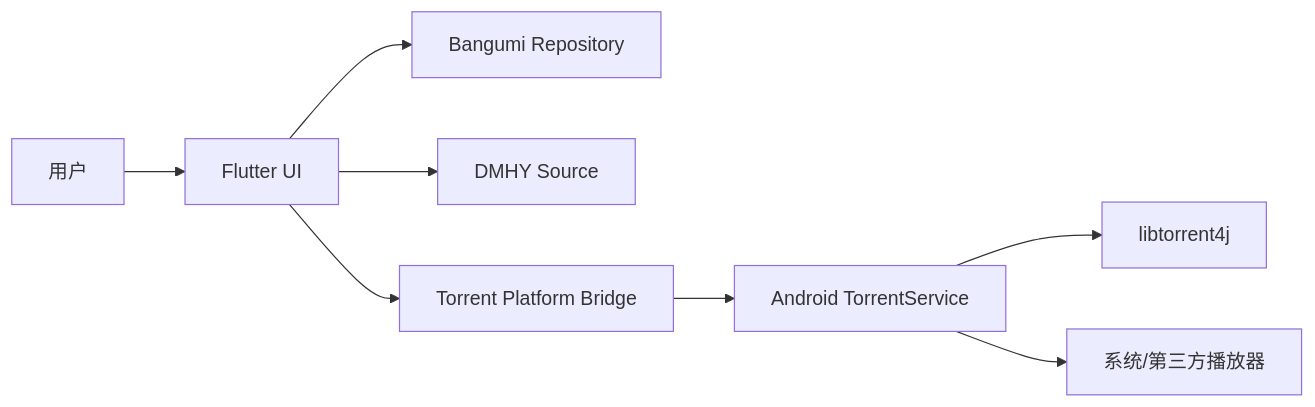
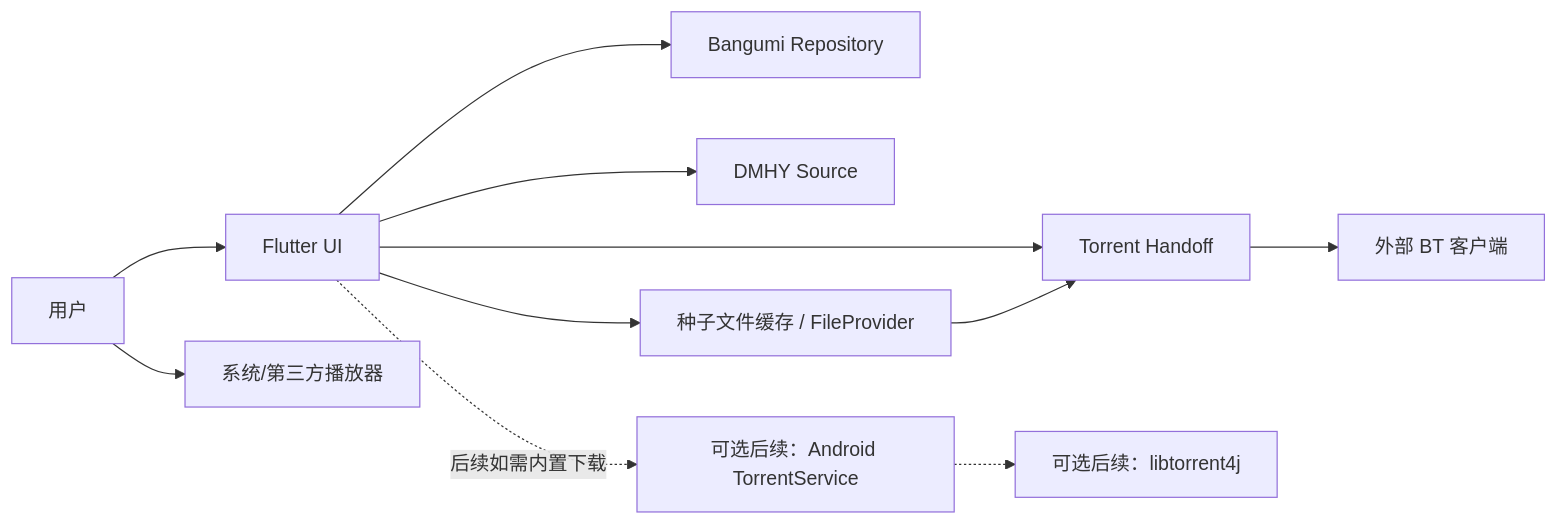
One commit to RailyW/anime-mobile-torrent changed the diagram in docs/architecture/proposed-roadmap.md. Above: the diagram before and after it, drawn with Mermaid. The commit also changed other lines of this file and 3 other files, not shown here.

````diff
--- a/docs/architecture/proposed-roadmap.md
+++ b/docs/architecture/proposed-roadmap.md
@@ -9,19 +9,24 @@
 ```mermaid
 flowchart LR
     User["用户"]
     Flutter["Flutter UI"]
     Bangumi["Bangumi Repository"]
     Dmhy["DMHY Source"]
-    TorrentBridge["Torrent Platform Bridge"]
-    AndroidService["Android TorrentService"]
-    TorrentCore["libtorrent4j"]
+    SeedStore["种子文件缓存 / FileProvider"]
+    TorrentHandoff["Torrent Handoff"]
+    ExternalTorrentClient["外部 BT 客户端"]
+    AndroidService["可选后续：Android TorrentService"]
+    TorrentCore["可选后续：libtorrent4j"]
     Player["系统/第三方播放器"]
 
     User --> Flutter
     Flutter --> Bangumi
     Flutter --> Dmhy
-    Flutter --> TorrentBridge
-    TorrentBridge --> AndroidService
-    AndroidService --> TorrentCore
-    AndroidService --> Player
+    Flutter --> SeedStore
+    Flutter --> TorrentHandoff
+    SeedStore --> TorrentHandoff
+    TorrentHandoff --> ExternalTorrentClient
+    User --> Player
+    Flutter -. 后续如需内置下载 .-> AndroidService
+    AndroidService -.-> TorrentCore
 ```
````
